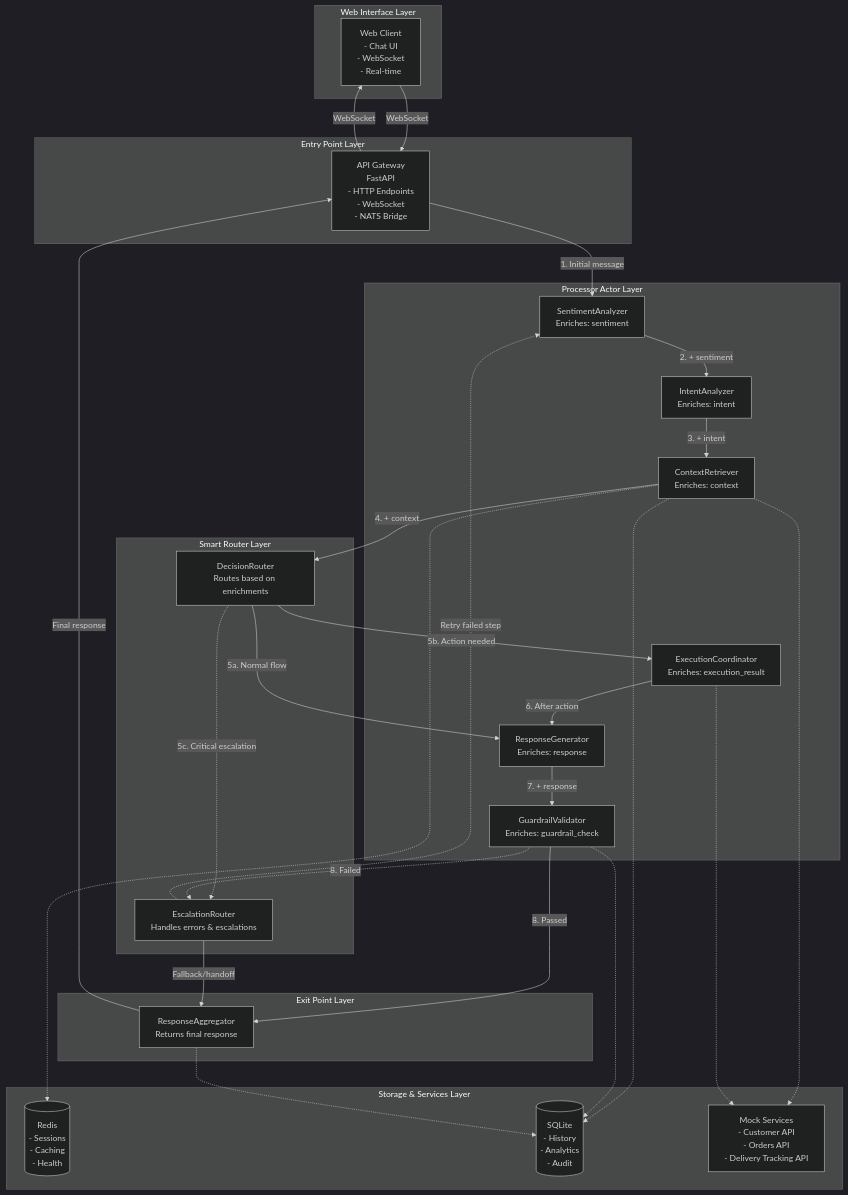
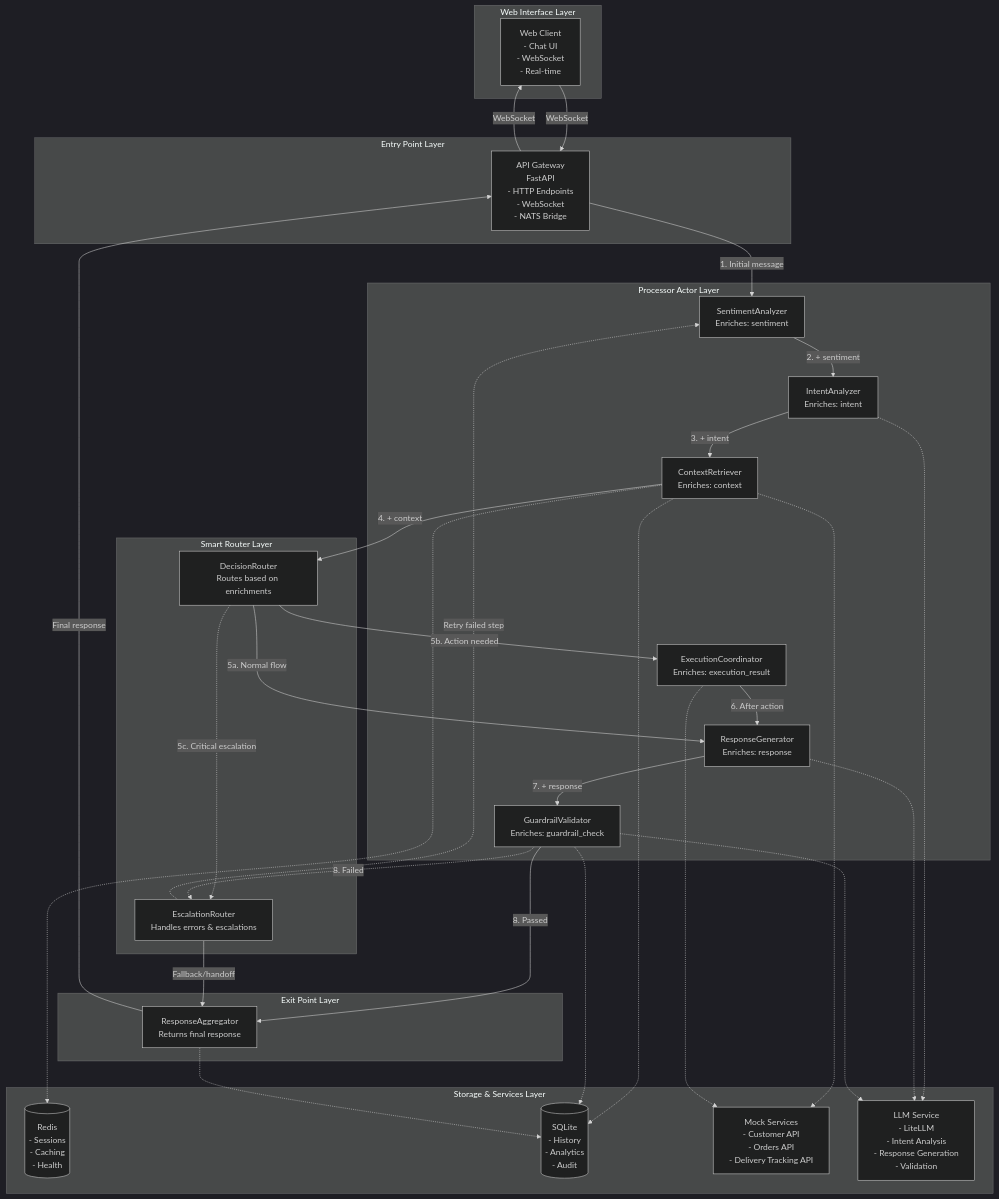
The diagram in README.md (trustmaster/actor-mesh-demo), drawn with Mermaid (dark theme) before and after one commit.

Commit message:
Add LLM to the diagram

````diff
--- a/README.md
+++ b/README.md
@@ -21,70 +21,74 @@
 ```mermaid
 graph TB
     subgraph "Web Interface Layer"
         WebClient[Web Client<br/>- Chat UI<br/>- WebSocket<br/>- Real-time]
     end
 
     subgraph "Entry Point Layer"
         ApiGateway[API Gateway<br/>FastAPI<br/>- HTTP Endpoints<br/>- WebSocket<br/>- NATS Bridge]
     end
 
     subgraph "Processor Actor Layer"
         SentimentAnalyzer[SentimentAnalyzer<br/>Enriches: sentiment]
         IntentAnalyzer[IntentAnalyzer<br/>Enriches: intent]
         ContextRetriever[ContextRetriever<br/>Enriches: context]
         ResponseGenerator[ResponseGenerator<br/>Enriches: response]
         GuardrailValidator[GuardrailValidator<br/>Enriches: guardrail_check]
         ExecutionCoordinator[ExecutionCoordinator<br/>Enriches: execution_result]
     end
 
     subgraph "Smart Router Layer"
         DecisionRouter[DecisionRouter<br/>Routes based on enrichments]
         EscalationRouter[EscalationRouter<br/>Handles errors & escalations]
     end
 
     subgraph "Exit Point Layer"
         ResponseAggregator[ResponseAggregator<br/>Returns final response]
     end
 
     subgraph "Storage & Services Layer"
         RedisCache[(Redis<br/>- Sessions<br/>- Caching<br/>- Health)]
         SqliteDb[(SQLite<br/>- History<br/>- Analytics<br/>- Audit)]
         MockServices[Mock Services<br/>- Customer API<br/>- Orders API<br/>- Delivery Tracking API]
+        LLM[LLM Service<br/>- LiteLLM<br/>- Intent Analysis<br/>- Response Generation<br/>- Validation]
     end
 
     %% Main processing flow (standard route)
     WebClient -->|WebSocket| ApiGateway
     ApiGateway -->|1. Initial message| SentimentAnalyzer
     SentimentAnalyzer -->|2. + sentiment| IntentAnalyzer
     IntentAnalyzer -->|3. + intent| ContextRetriever
     ContextRetriever -->|4. + context| DecisionRouter
     
     %% Decision router routing options
     DecisionRouter -->|5a. Normal flow| ResponseGenerator
     DecisionRouter -->|5b. Action needed| ExecutionCoordinator
     DecisionRouter -.->|5c. Critical escalation| EscalationRouter
     
     %% Execution coordinator path
     ExecutionCoordinator -->|6. After action| ResponseGenerator
     
     %% Response generation path
     ResponseGenerator -->|7. + response| GuardrailValidator
     GuardrailValidator -->|8. Passed| ResponseAggregator
     GuardrailValidator -.->|8. Failed| EscalationRouter
     
     %% Escalation router paths
     EscalationRouter -->|Fallback/handoff| ResponseAggregator
     EscalationRouter -.->|Retry failed step| SentimentAnalyzer
     
     %% Response back to client
     ResponseAggregator -->|Final response| ApiGateway
     ApiGateway -->|WebSocket| WebClient
 
     %% Infrastructure connections
+    IntentAnalyzer -.-> LLM
     ContextRetriever -.-> RedisCache
     ContextRetriever -.-> SqliteDb
     ContextRetriever -.-> MockServices
+    ResponseGenerator -.-> LLM
+    GuardrailValidator -.-> LLM
     GuardrailValidator -.-> SqliteDb
     ExecutionCoordinator -.-> MockServices
     ResponseAggregator -.-> SqliteDb
 ```
````
